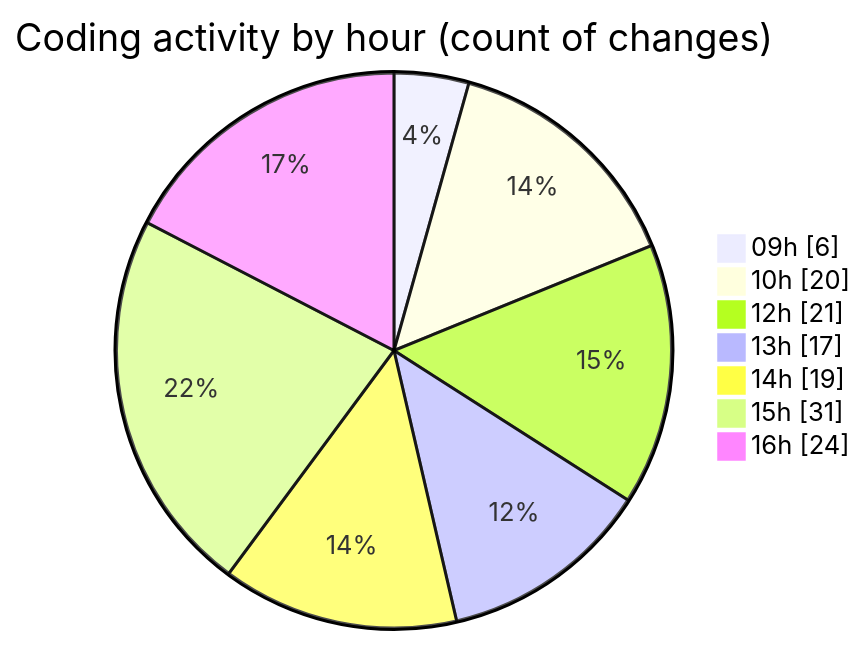
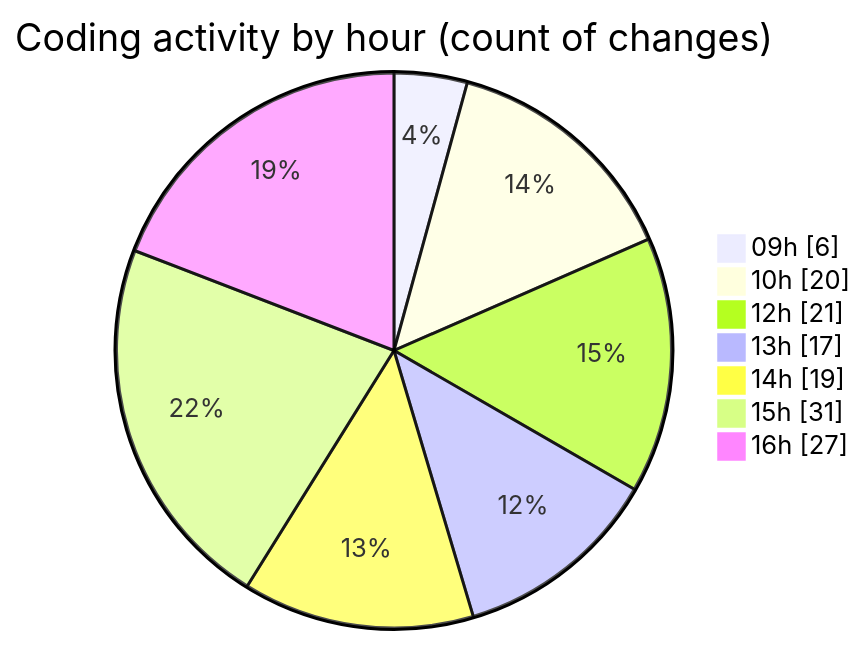
Before and after one commit to becaeroporto-bot/code-tracking: the second of 2 diagrams in 2026-02-18/bot_v1_2/README.md, drawn with Mermaid. The commit also changed other lines of this file and 1 other file, not shown here.

````diff
--- a/2026-02-18/bot_v1_2/README.md
+++ b/2026-02-18/bot_v1_2/README.md
@@ -56,11 +56,11 @@
 ```mermaid
 pie showData
 title Coding activity by hour (count of changes)
 "09h" : 6
 "10h" : 20
 "12h" : 21
 "13h" : 17
 "14h" : 19
 "15h" : 31
-"16h" : 24
+"16h" : 27
 ```
````
